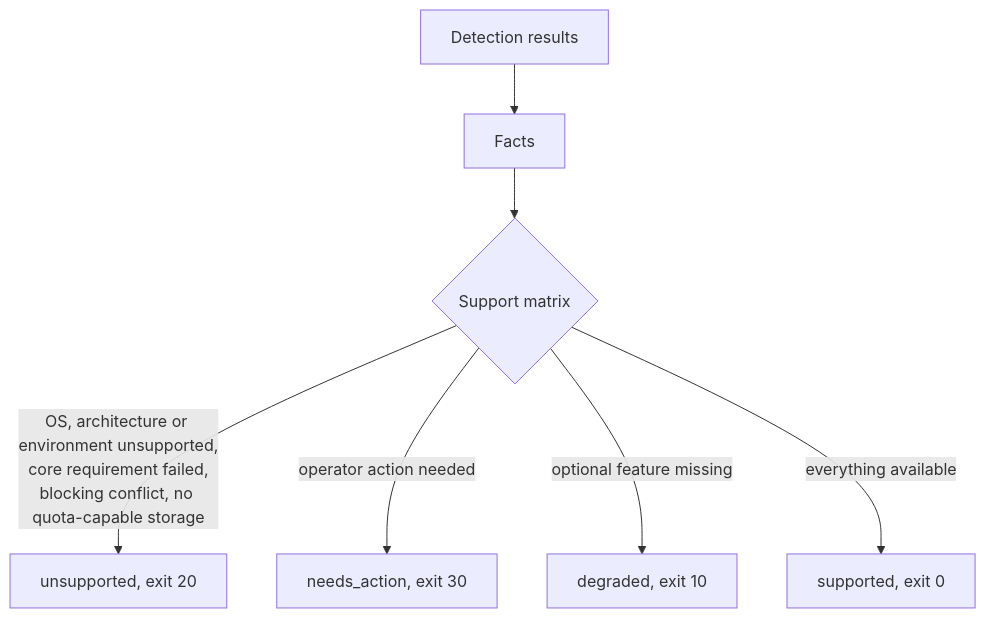
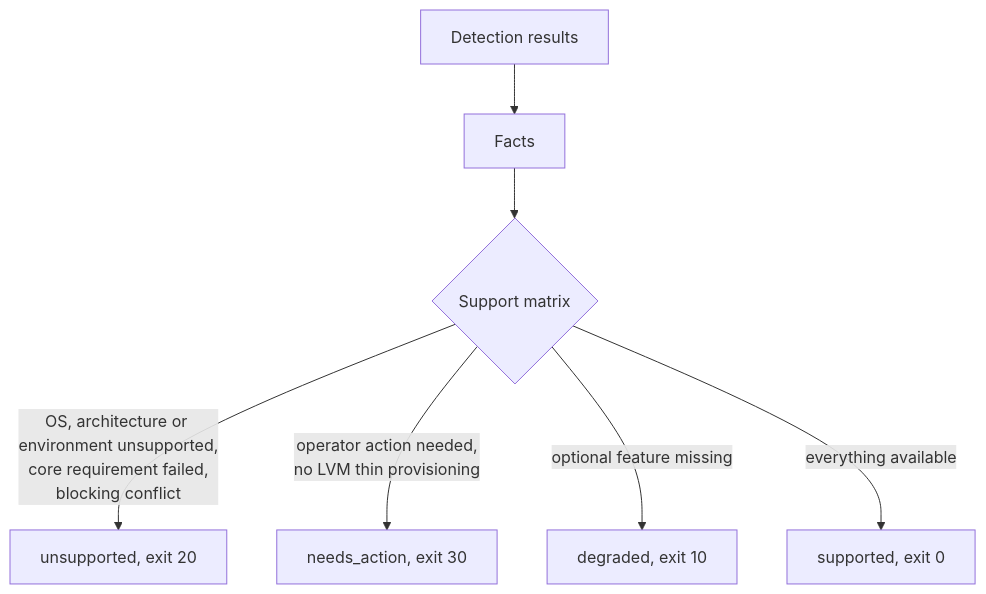
One commit to metharda/pokus-infrastructure changed the diagram in docs/explanation/preflight-gate.md. Above: the diagram before and after it, drawn with Mermaid. The commit also changed other lines of this file and 572 other files, not shown here.

````diff
--- a/docs/explanation/preflight-gate.md
+++ b/docs/explanation/preflight-gate.md
@@ -58,9 +58,9 @@
 ```mermaid
 flowchart TD
     D[Detection results] --> F[Facts]
     F --> M{Support matrix}
-    M -->|OS, architecture or environment unsupported,<br>core requirement failed,<br>blocking conflict, no quota-capable storage| U[unsupported, exit 20]
-    M -->|operator action needed| N[needs_action, exit 30]
+    M -->|OS, architecture or environment unsupported,<br>core requirement failed,<br>blocking conflict| U[unsupported, exit 20]
+    M -->|operator action needed,<br>no LVM thin provisioning| N[needs_action, exit 30]
     M -->|optional feature missing| G[degraded, exit 10]
     M -->|everything available| S[supported, exit 0]
 ```
````
